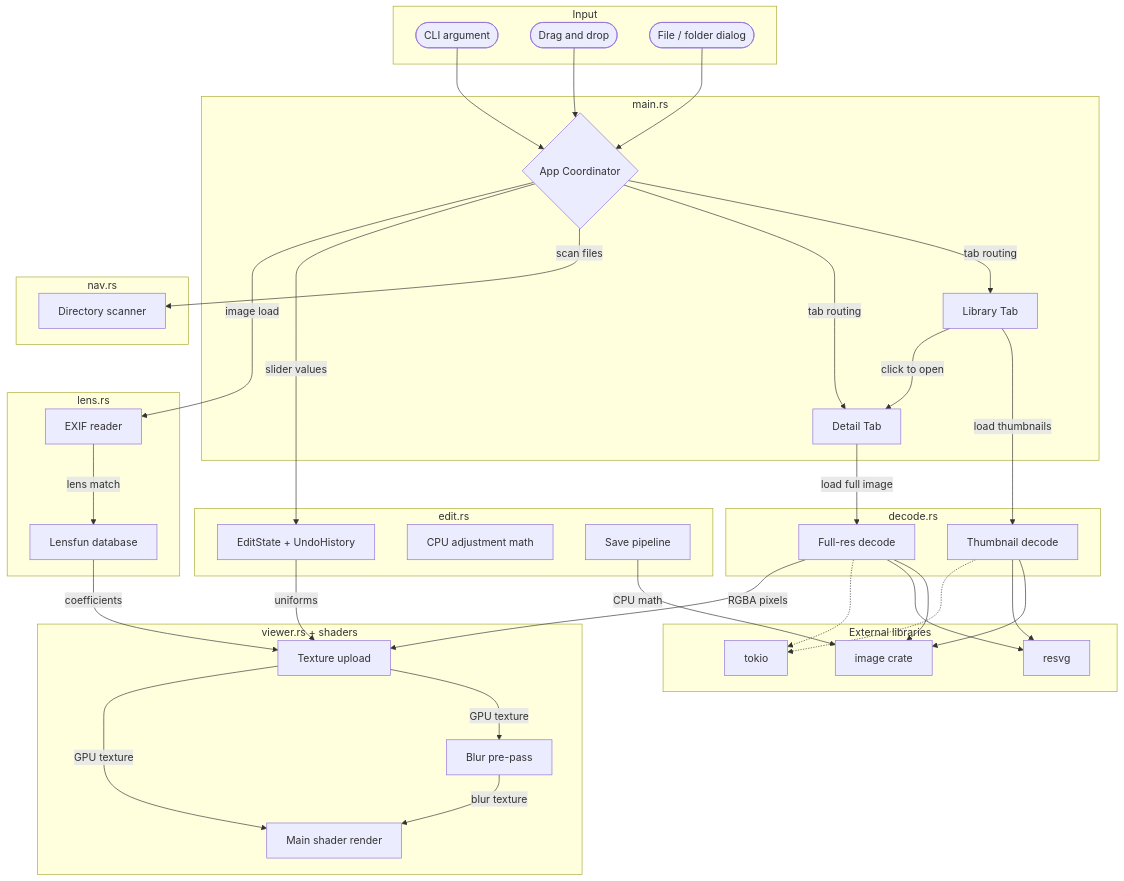
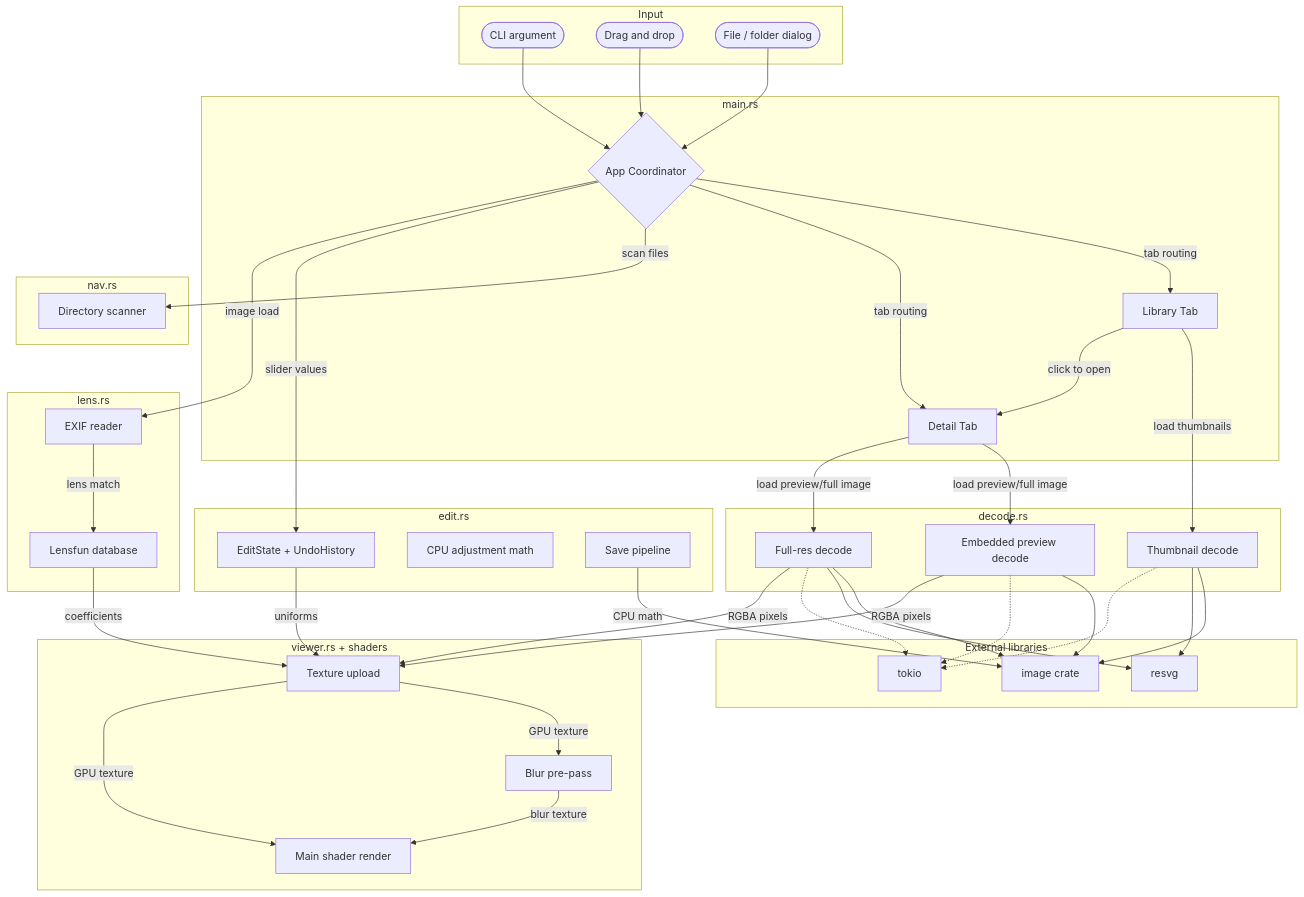
One commit to yanfengliu/photo changed the diagram in docs/architecture/ARCHITECTURE.md. Above: the diagram before and after it, drawn with Mermaid. The commit also changed other lines of this file and 8 other files, not shown here.

````diff
--- a/docs/architecture/ARCHITECTURE.md
+++ b/docs/architecture/ARCHITECTURE.md
@@ -89,72 +91,77 @@
 ```mermaid
 flowchart TD
     subgraph Input
         CLI([CLI argument])
         Drop([Drag and drop])
         Picker([File / folder dialog])
     end
 
     subgraph UI[main.rs]
         App{App Coordinator}
         Library[Library Tab]
         Detail[Detail Tab]
     end
 
     subgraph Decode[decode.rs]
         Full[Full-res decode]
+        Preview[Embedded preview decode]
         Thumb[Thumbnail decode]
     end
 
     subgraph Nav[nav.rs]
         DirNav[Directory scanner]
     end
 
     subgraph Edit[edit.rs]
         EditState[EditState + UndoHistory]
         CPUMath[CPU adjustment math]
         Save[Save pipeline]
     end
 
     subgraph Lens[lens.rs]
         LensDB[Lensfun database]
         EXIF[EXIF reader]
     end
 
     subgraph GPU[viewer.rs + shaders]
         Prepare[Texture upload]
         Blur[Blur pre-pass]
         Render[Main shader render]
     end
 
     subgraph Ext[External libraries]
         ImageCrate[image crate]
         Resvg[resvg]
         Tokio[tokio]
     end
 
     CLI --> App
     Drop --> App
     Picker --> App
     App -->|tab routing| Library
     App -->|tab routing| Detail
     App -->|scan files| DirNav
     Library -->|load thumbnails| Thumb
-    Detail -->|load full image| Full
+    Detail -->|load preview/full image| Preview
+    Detail -->|load preview/full image| Full
     Library -->|click to open| Detail
     Thumb --> ImageCrate
     Thumb --> Resvg
+    Preview --> ImageCrate
     Full --> ImageCrate
     Full --> Resvg
     Thumb -.-> Tokio
+    Preview -.-> Tokio
     Full -.-> Tokio
     App -->|slider values| EditState
     EditState -->|uniforms| Prepare
     App -->|image load| EXIF
     EXIF -->|lens match| LensDB
     LensDB -->|coefficients| Prepare
+    Preview -->|RGBA pixels| Prepare
     Full -->|RGBA pixels| Prepare
     Prepare -->|GPU texture| Blur
     Blur -->|blur texture| Render
     Prepare -->|GPU texture| Render
     Save -->|CPU math| ImageCrate
 ```
````
